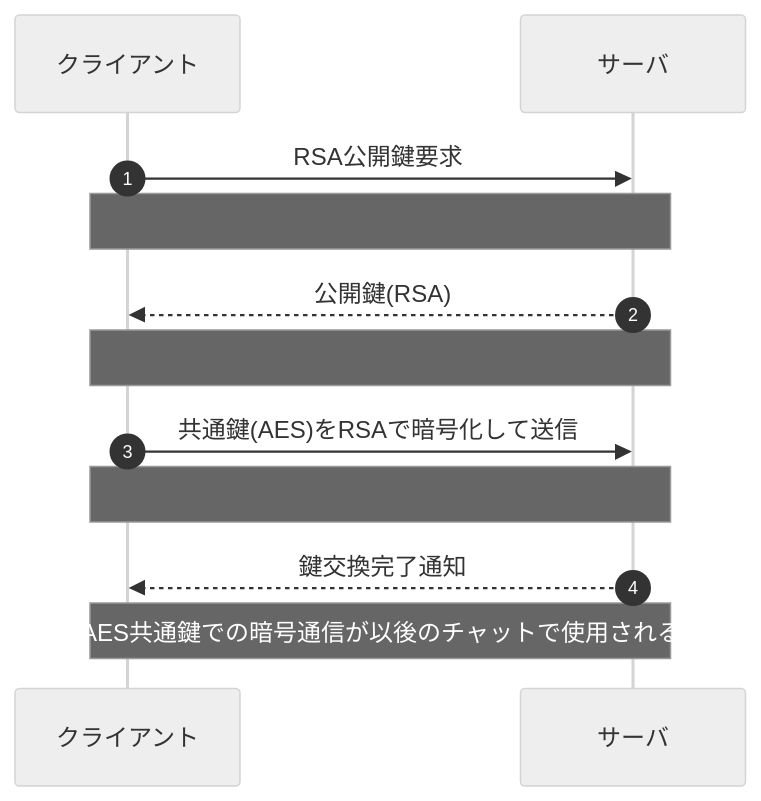
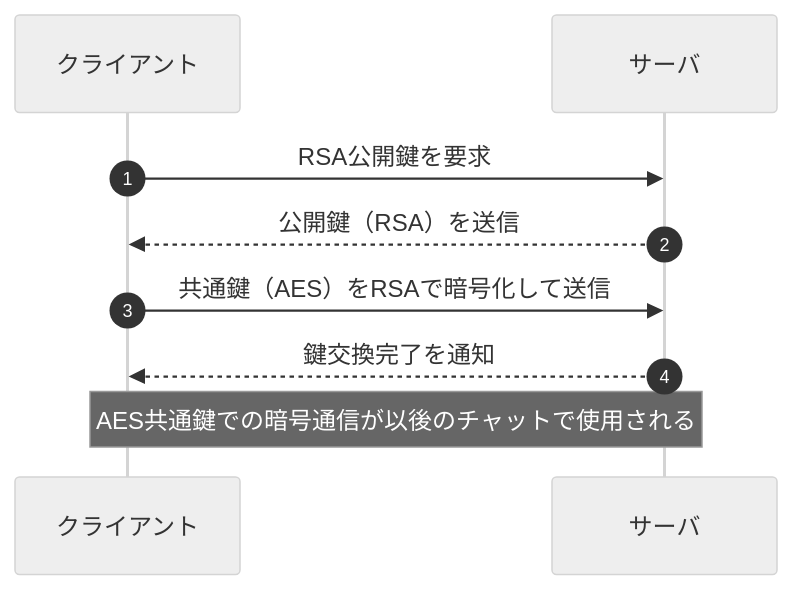
Before and after one commit to BackendExplorer/Online-Chat-Service: the first of 6 diagrams in README.md, drawn with Mermaid (neutral theme).

````diff
--- a/README.md
+++ b/README.md
@@ -1,23 +1,18 @@
 ```mermaid
 sequenceDiagram
     autonumber
     participant Client as クライアント
     participant Server as サーバ
 
-    Client ->> Server: RSA公開鍵要求
+    Client ->> Server: RSA公開鍵を要求
 
-    Note over Client,Server: 　
+    Server -->> Client: 公開鍵（RSA）を送信
 
-    Server -->> Client: 公開鍵(RSA)
+    Client ->> Server: 共通鍵（AES）をRSAで暗号化して送信
 
-    Note over Client,Server: 　
-
-    Client ->> Server: 共通鍵(AES)をRSAで暗号化して送信
-
-    Note over Client,Server: 　
-
-    Server -->> Client: 鍵交換完了通知
+    Server -->> Client: 鍵交換完了を通知
 
     Note over Client,Server: AES共通鍵での暗号通信が以後のチャットで使用される
 
+
 ```
````
